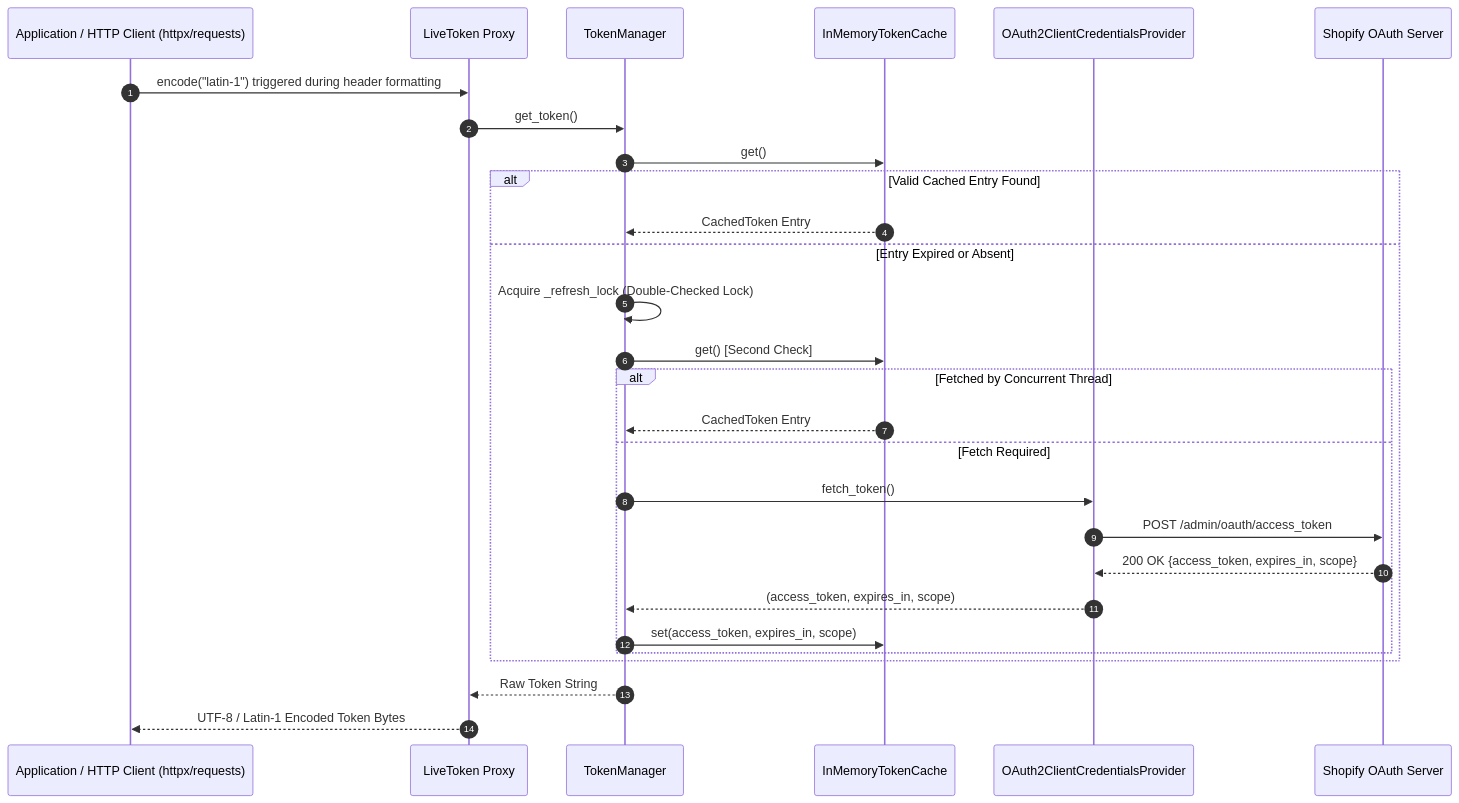
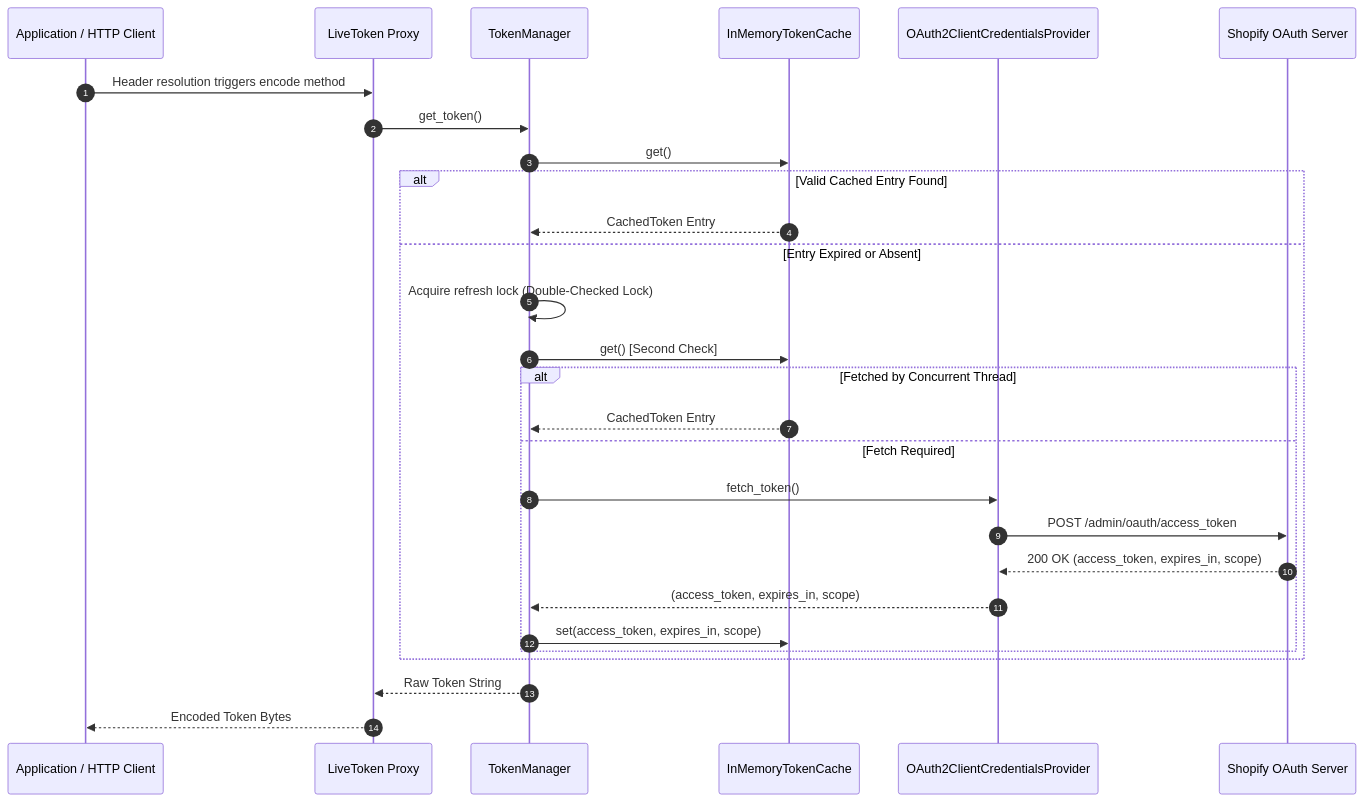
The second of 3 diagrams in README.md (AhmadHassan-BTed/ShopifyAutoAuth), drawn with Mermaid before and after one commit. The commit also changed other lines of this file, not shown here.

Commit message:
docs: fix Mermaid diagram syntax in README.md

````diff
--- a/README.md
+++ b/README.md
@@ -96,33 +91,33 @@
 ```mermaid
 sequenceDiagram
     autonumber
-    participant Client as Application / HTTP Client (httpx/requests)
+    participant Client as Application / HTTP Client
     participant Proxy as LiveToken Proxy
     participant Manager as TokenManager
     participant Cache as InMemoryTokenCache
     participant Provider as OAuth2ClientCredentialsProvider
     participant Shopify as Shopify OAuth Server
 
-    Client->>Proxy: encode("latin-1") triggered during header formatting
+    Client->>Proxy: Header resolution triggers encode method
     Proxy->>Manager: get_token()
     Manager->>Cache: get()
     
     alt Valid Cached Entry Found
         Cache-->>Manager: CachedToken Entry
     else Entry Expired or Absent
-        Manager->>Manager: Acquire _refresh_lock (Double-Checked Lock)
+        Manager->>Manager: Acquire refresh lock (Double-Checked Lock)
         Manager->>Cache: get() [Second Check]
         alt Fetched by Concurrent Thread
             Cache-->>Manager: CachedToken Entry
         else Fetch Required
             Manager->>Provider: fetch_token()
             Provider->>Shopify: POST /admin/oauth/access_token
-            Shopify-->>Provider: 200 OK {access_token, expires_in, scope}
+            Shopify-->>Provider: 200 OK (access_token, expires_in, scope)
             Provider-->>Manager: (access_token, expires_in, scope)
             Manager->>Cache: set(access_token, expires_in, scope)
         end
     end
     
     Manager-->>Proxy: Raw Token String
-    Proxy-->>Client: UTF-8 / Latin-1 Encoded Token Bytes
+    Proxy-->>Client: Encoded Token Bytes
 ```
````
